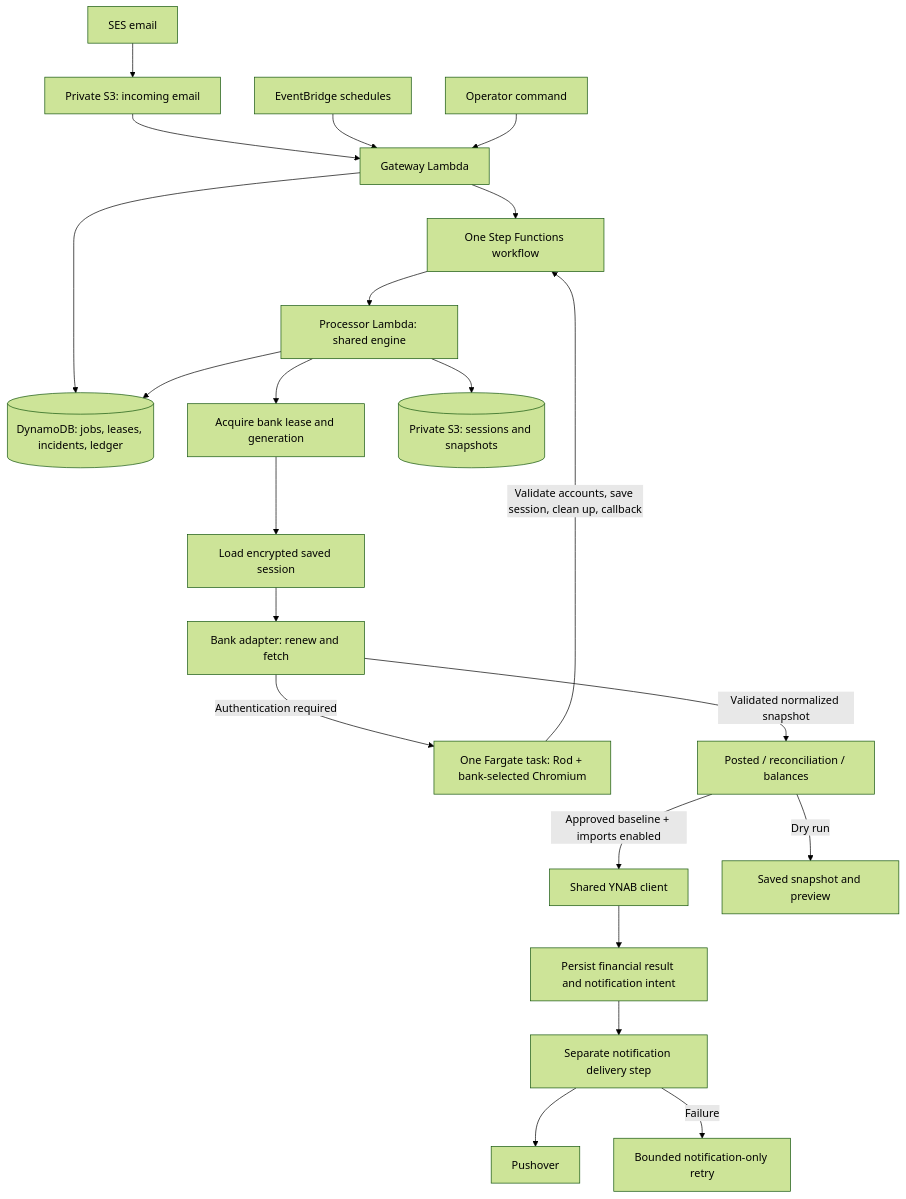
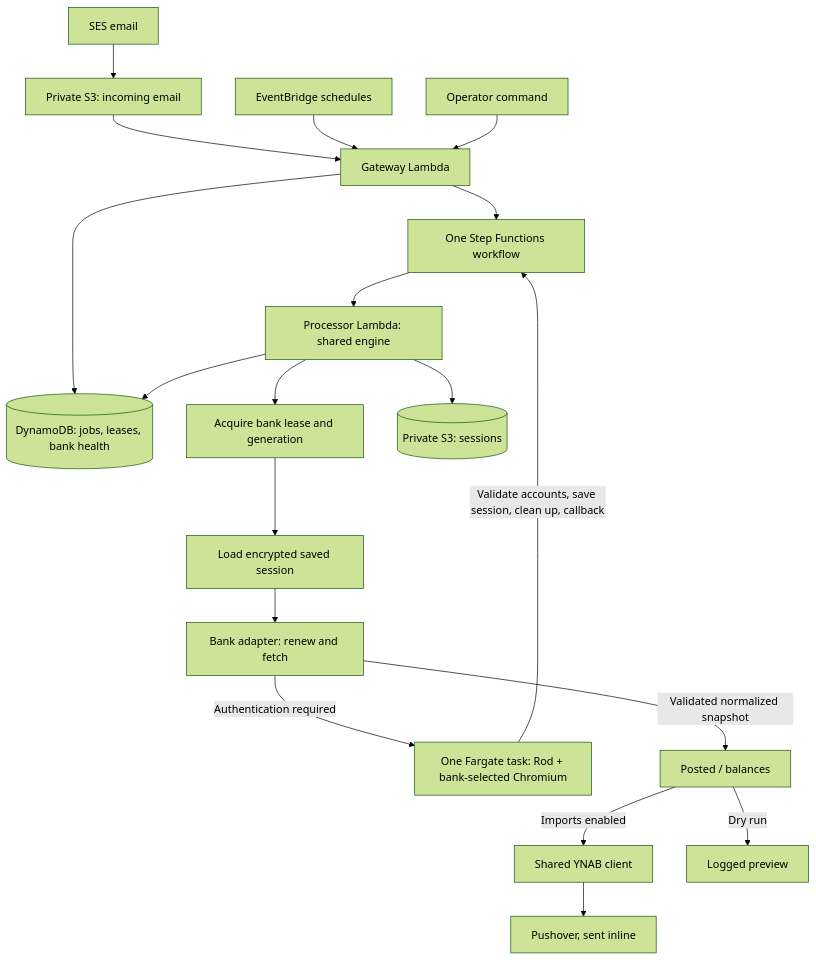
Before and after one commit to nathanfredericks/transactions: the diagram in README.md, drawn with Mermaid (forest theme). The commit also changed other lines of this file and 4 other files, not shown here.

````diff
--- a/README.md
+++ b/README.md
@@ -5,24 +5,21 @@
 ```mermaid
 flowchart TD
   Email[SES email] --> S3[Private S3: incoming email]
   S3 --> Gateway[Gateway Lambda]
   Schedule[EventBridge schedules] --> Gateway
   Operator[Operator command] --> Gateway
-  Gateway --> State[(DynamoDB: jobs, leases, incidents, ledger)]
+  Gateway --> State[(DynamoDB: jobs, leases, bank health)]
   Gateway --> Workflow[One Step Functions workflow]
   Workflow --> Engine[Processor Lambda: shared engine]
   Engine --> Lease[Acquire bank lease and generation]
   Lease --> Session[Load encrypted saved session]
   Session --> Adapter[Bank adapter: renew and fetch]
   Adapter -->|Authentication required| Browser[One Fargate task: Rod + bank-selected Chromium]
   Browser -->|Validate accounts, save session, clean up, callback| Workflow
-  Adapter -->|Validated normalized snapshot| Strategy[Posted / reconciliation / balances]
-  Strategy -->|Approved baseline + imports enabled| YNAB[Shared YNAB client]
-  Strategy -->|Dry run| Preview[Saved snapshot and preview]
+  Adapter -->|Validated normalized snapshot| Strategy[Posted / balances]
+  Strategy -->|Imports enabled| YNAB[Shared YNAB client]
+  Strategy -->|Dry run| Preview[Logged preview]
   Engine --> State
-  Engine --> Private[(Private S3: sessions and snapshots)]
-  YNAB --> Intent[Persist financial result and notification intent]
-  Intent --> Delivery[Separate notification delivery step]
-  Delivery --> Pushover[Pushover]
-  Delivery -->|Failure| Retry[Bounded notification-only retry]
+  Engine --> Private[(Private S3: sessions)]
+  YNAB --> Pushover[Pushover, sent inline]
 ```
````
